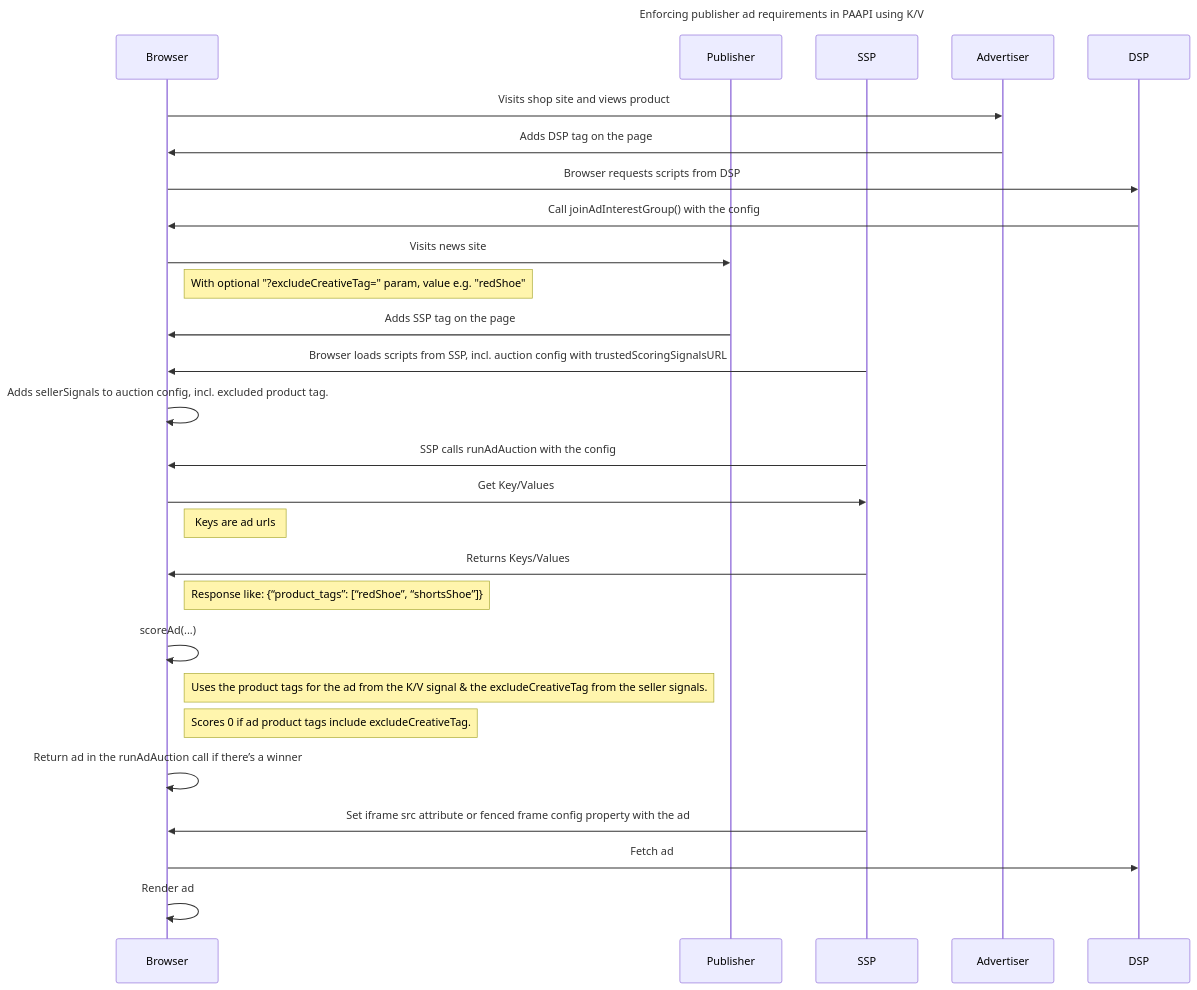
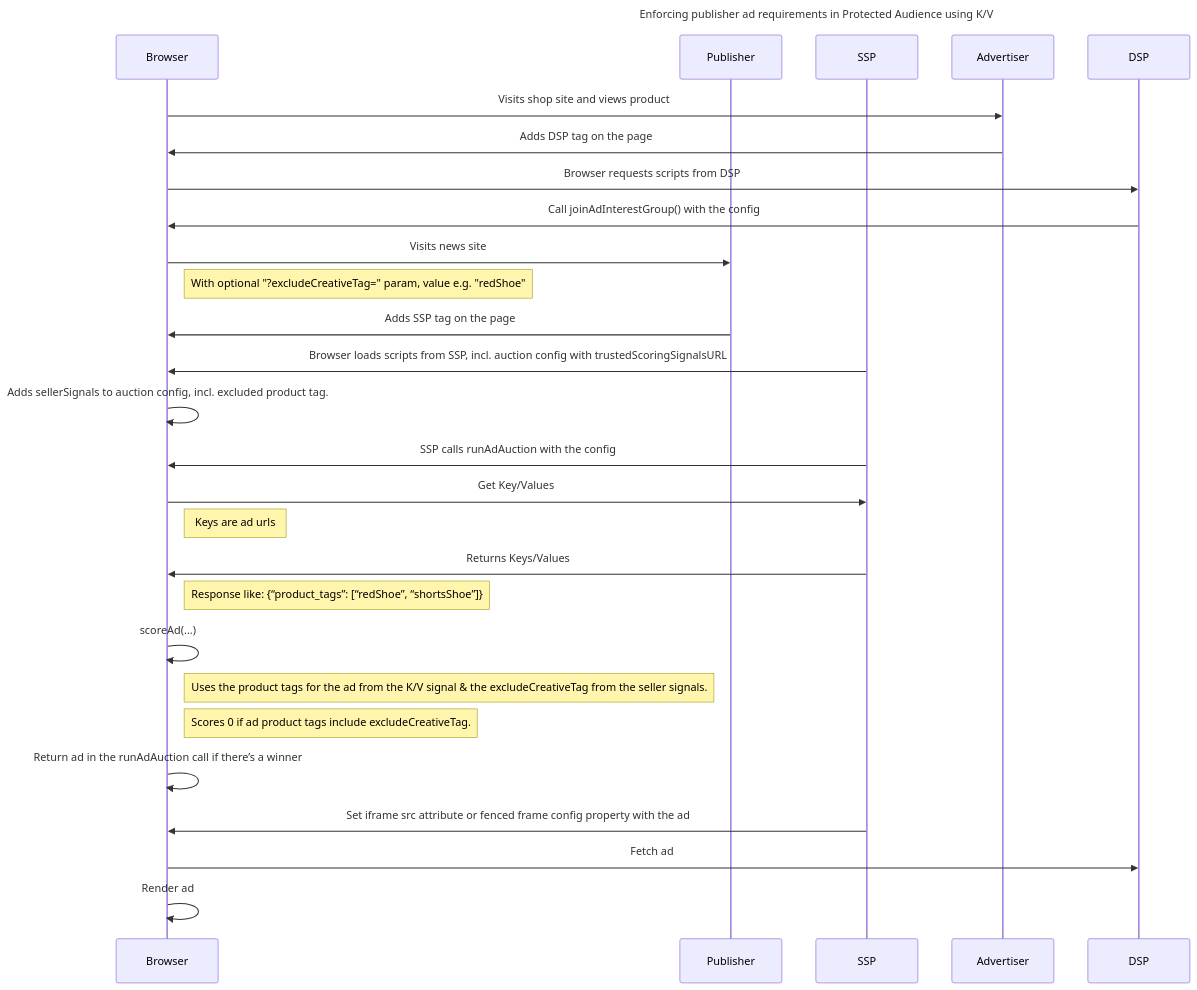
The diagram in services/home/docs/demos/publisher-ad-quality-req.md (privacysandbox/privacy-sandbox-demos), drawn with Mermaid before and after one commit. The commit also changed other lines of this file and 3 other files, not shown here.

````diff
--- a/services/home/docs/demos/publisher-ad-quality-req.md
+++ b/services/home/docs/demos/publisher-ad-quality-req.md
@@ -76,46 +79,46 @@
 ```mermaid
 sequenceDiagram
-Title: Enforcing publisher ad requirements in PAAPI using K/V
+Title: Enforcing publisher ad requirements in Protected Audience using K/V
 
 
 participant Browser
 participant Publisher
 participant SSP
 participant Advertiser
 participant DSP
 
 
 Browser->>Advertiser:Visits shop site and views product
 Advertiser->>Browser:Adds DSP tag on the page
 Browser->>DSP:Browser requests scripts from DSP
 DSP->>Browser:Call joinAdInterestGroup() with the config
 
 
 
 
 Browser->>Publisher:Visits news site
 note right of Browser: With optional "?excludeCreativeTag=" param, value e.g. "redShoe"
 Publisher->>Browser: Adds SSP tag on the page
 SSP->>Browser: Browser loads scripts from SSP, incl. auction config with trustedScoringSignalsURL
 Browser->>Browser: Adds sellerSignals to auction config, incl. excluded product tag.
 SSP->>Browser:SSP calls runAdAuction with the config
 
 
 
 
 Browser->>SSP:Get Key/Values
 note right of Browser: Keys are ad urls
 SSP->>Browser:Returns Keys/Values
 note right of Browser: Response like: {“product_tags”: [“redShoe”, “shortsShoe”]}
 
 
 Browser->>Browser:scoreAd(...)
 note right of Browser: Uses the product tags for the ad from the K/V signal & the excludeCreativeTag from the seller signals.
 note right of Browser: Scores 0 if ad product tags include excludeCreativeTag.
 
 
 Browser ->> Browser: Return ad in the runAdAuction call if there’s a winner
 SSP ->> Browser: Set iframe src attribute or fenced frame config property with the ad
 Browser ->> DSP: Fetch ad
 Browser ->> Browser: Render ad
 ```
````
